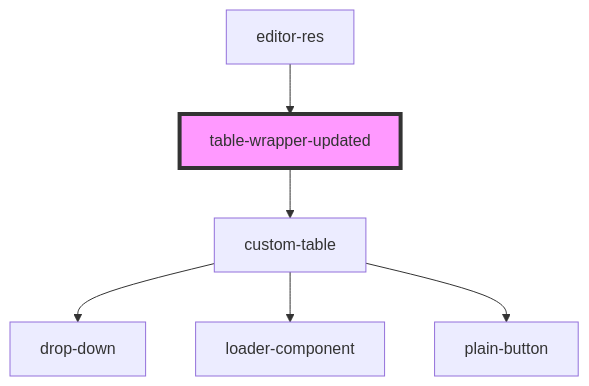
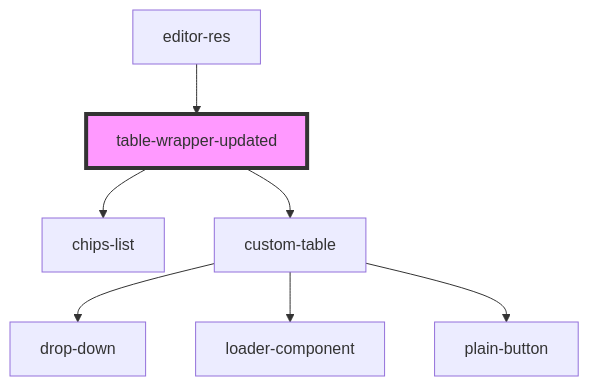
The diagram in src/components/table-wrapper-updated/readme.md (techvariable/NeptuneConnectComponents), drawn with Mermaid before and after one commit. The commit also changed other lines of this file and 10 other files, not shown here.

````diff
--- a/src/components/table-wrapper-updated/readme.md
+++ b/src/components/table-wrapper-updated/readme.md
@@ -29,9 +30,10 @@
 ```mermaid
 graph TD;
+  table-wrapper-updated --> chips-list
   table-wrapper-updated --> custom-table
   custom-table --> drop-down
   custom-table --> loader-component
   custom-table --> plain-button
   editor-res --> table-wrapper-updated
   style table-wrapper-updated fill:#f9f,stroke:#333,stroke-width:4px
 ```
````
